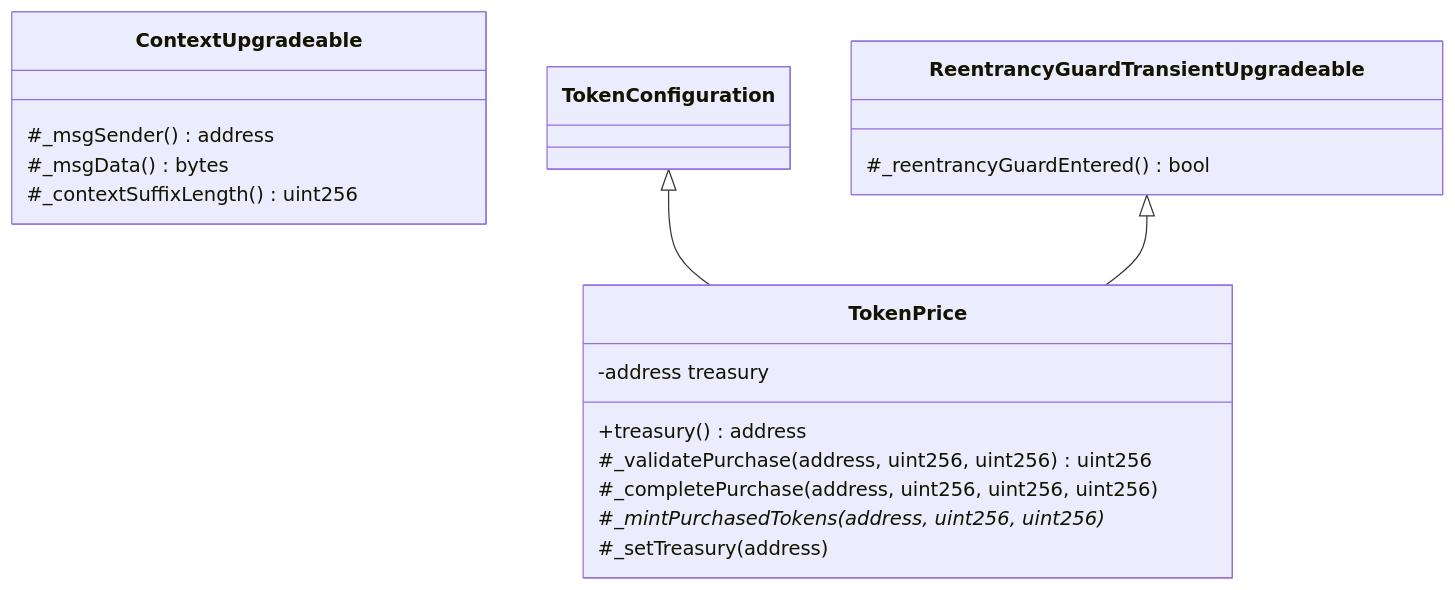
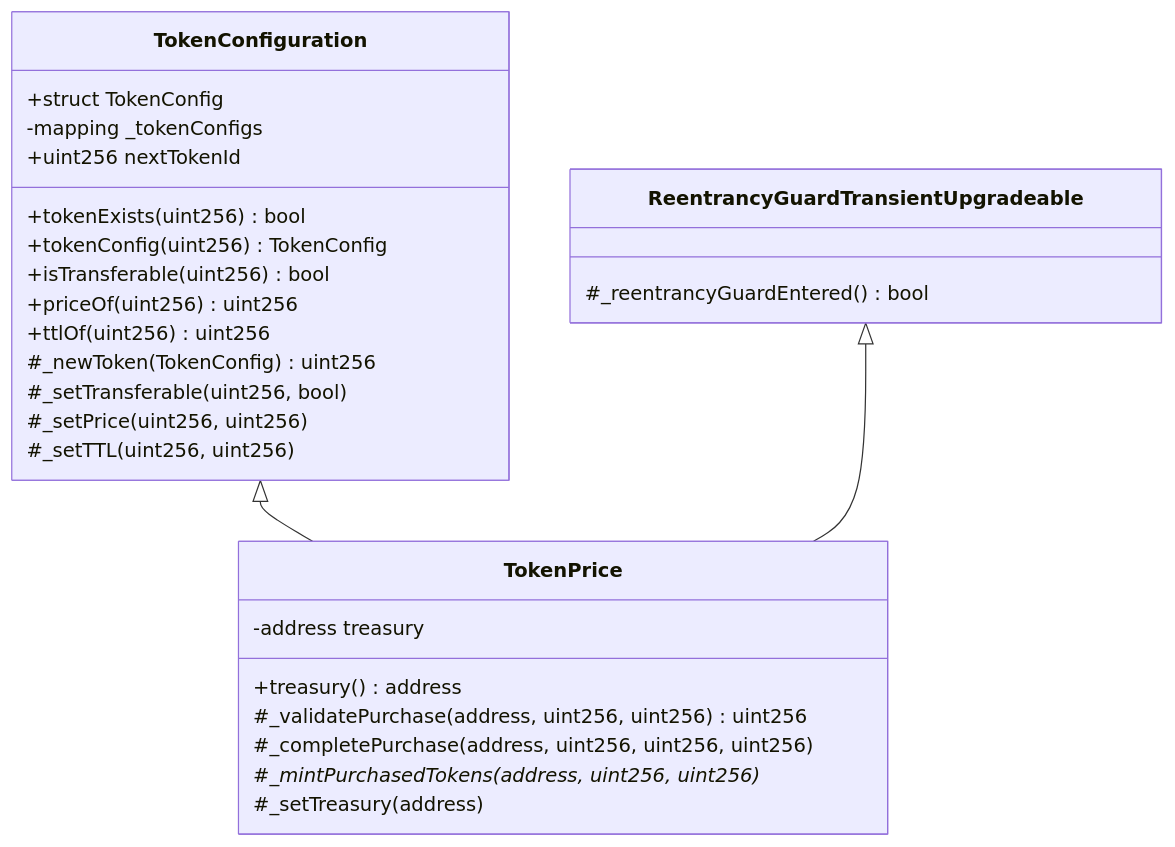
Before and after one commit to glanzz/evmauth-core: the third of 18 diagrams in src/README.md, drawn with Mermaid. The commit also changed other lines of this file, not shown here.

Commit message:
docs: update class diagrams

````diff
--- a/src/README.md
+++ b/src/README.md
@@ -280,22 +283,31 @@
 ```mermaid
 classDiagram
-    class ContextUpgradeable{
-        #_msgSender() address
-        #_msgData() bytes
-        #_contextSuffixLength() uint256
+    class TokenConfiguration{
+        +struct TokenConfig
+        -mapping _tokenConfigs
+        +uint256 nextTokenId
+        +tokenExists(uint256) bool
+        +tokenConfig(uint256) TokenConfig
+        +isTransferable(uint256) bool
+        +priceOf(uint256) uint256
+        +ttlOf(uint256) uint256
+        #_newToken(TokenConfig) uint256
+        #_setTransferable(uint256, bool)
+        #_setPrice(uint256, uint256)
+        #_setTTL(uint256, uint256)
     }
     class ReentrancyGuardTransientUpgradeable{
         #_reentrancyGuardEntered() bool
     }
     class TokenPrice{
         -address treasury
         +treasury() address
         #_validatePurchase(address, uint256, uint256) uint256
         #_completePurchase(address, uint256, uint256, uint256)
         #_mintPurchasedTokens(address, uint256, uint256)*
         #_setTreasury(address)
     }
     
     TokenConfiguration <|-- TokenPrice
     ReentrancyGuardTransientUpgradeable <|-- TokenPrice
 ```
````
